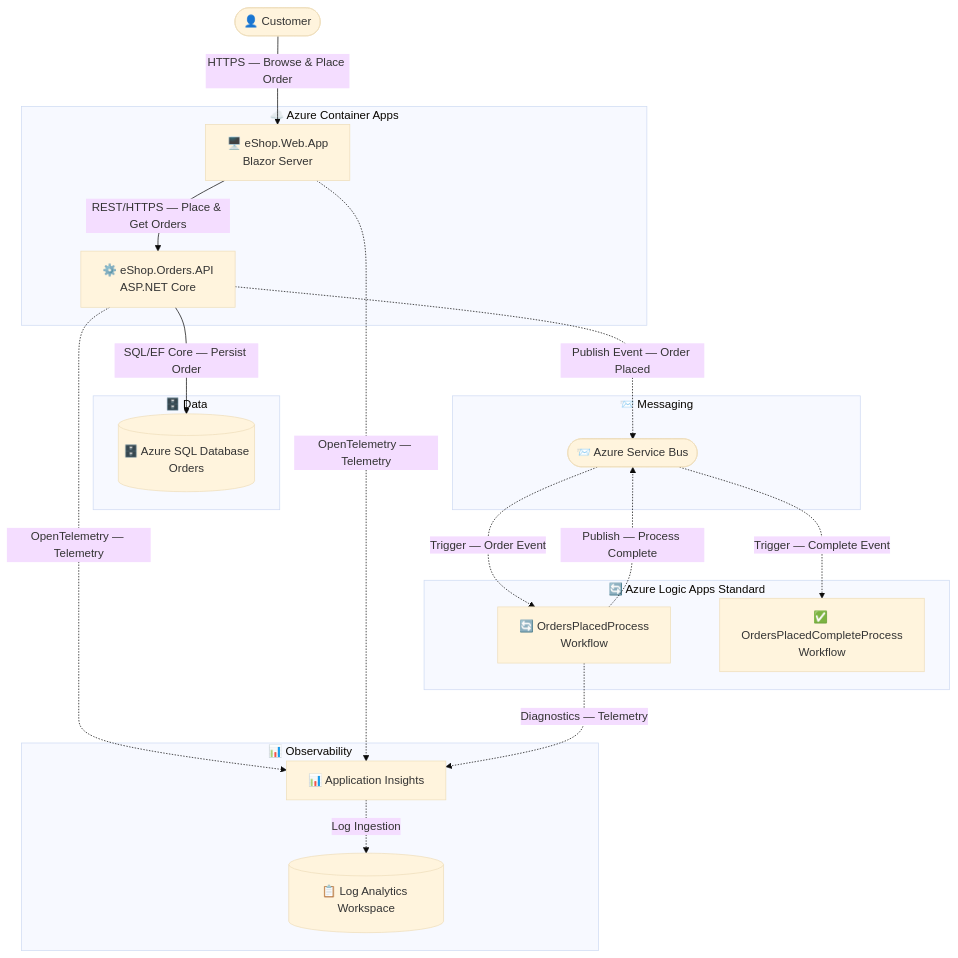
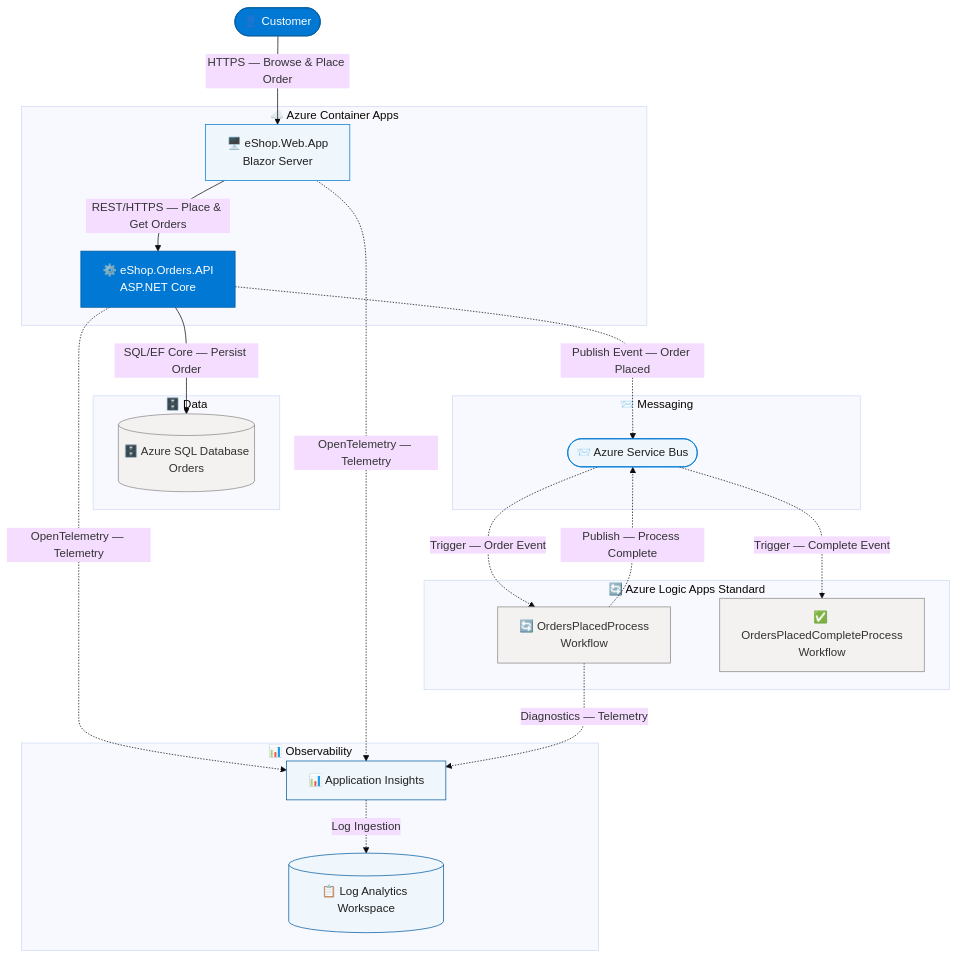
Before and after one commit to Evilazaro/Azure-LogicApps-Monitoring: the diagram in README.md, drawn with Mermaid.

Commit message:
Add style definitions for flowchart in README.md to enhance visual clarity

````diff
--- a/README.md
+++ b/README.md
@@ -115,5 +115,23 @@
   OrdersPlaced -.->|"Diagnostics — Telemetry"| AppInsights
   AppInsights -.->|"Log Ingestion"| LogAnalytics
 
+  %% ──────────────── Styles — colours drawn from config theme tokens ────────────────
+  %% primary:   fill=#0078D4  text=#FFFFFF  border=#005A9E
+  %% secondary: fill=#EFF6FC  text=#201F1E  border=#0078D4
+  %% tertiary:  fill=#F3F2F1  text=#323130  border=#8A8886
+  classDef actor fill:#0078D4,stroke:#005A9E,color:#FFFFFF
+  classDef frontend fill:#EFF6FC,stroke:#0078D4,color:#201F1E
+  classDef api fill:#0078D4,stroke:#005A9E,color:#FFFFFF
+  classDef datastore fill:#F3F2F1,stroke:#8A8886,color:#323130
+  classDef messaging fill:#EFF6FC,stroke:#0078D4,color:#201F1E
+  classDef workflow fill:#F3F2F1,stroke:#8A8886,color:#323130
+  classDef monitoring fill:#EFF6FC,stroke:#005A9E,color:#201F1E
 
+  class Customer actor
+  class WebApp frontend
+  class OrdersAPI api
+  class SqlDb datastore
+  class ServiceBus messaging
+  class OrdersPlaced,OrdersComplete workflow
+  class AppInsights,LogAnalytics monitoring
 ```
````
